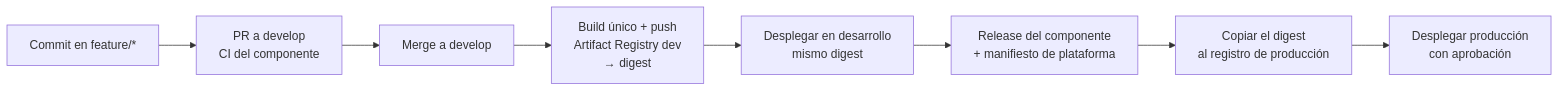
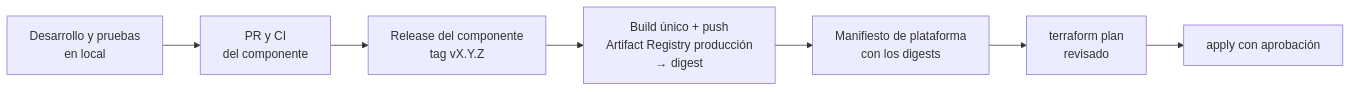
One commit to lfnavarroj1/sport-app-platform changed the third of 3 diagrams in infra/terraform/README.md. Above: the diagram before and after it, drawn with Mermaid. The commit also changed other lines of this file and 41 other files, not shown here.

Commit message:
refactor(infra): mover desarrollo a Kubernetes local y dejar GCP solo para produccion

````diff
--- a/infra/terraform/README.md
+++ b/infra/terraform/README.md
@@ -453,10 +576,9 @@
 ```mermaid
 flowchart LR
-    F[Commit en feature/*] --> PR[PR a develop<br/>CI del componente]
-    PR --> M[Merge a develop]
-    M --> PUB[Build único + push<br/>Artifact Registry dev<br/>→ digest]
-    PUB --> DEV[Desplegar en desarrollo<br/>mismo digest]
-    DEV --> REL[Release del componente<br/>+ manifiesto de plataforma]
-    REL --> COPY[Copiar el digest<br/>al registro de producción]
-    COPY --> PROD[Desplegar producción<br/>con aprobación]
+    DEV[Desarrollo y pruebas<br/>en local] --> PR[PR y CI<br/>del componente]
+    PR --> REL[Release del componente<br/>tag vX.Y.Z]
+    REL --> PUB[Build único + push<br/>Artifact Registry producción<br/>→ digest]
+    PUB --> MAN[Manifiesto de plataforma<br/>con los digests]
+    MAN --> PLAN[terraform plan<br/>revisado]
+    PLAN --> PROD[apply con aprobación]
 ```
````
